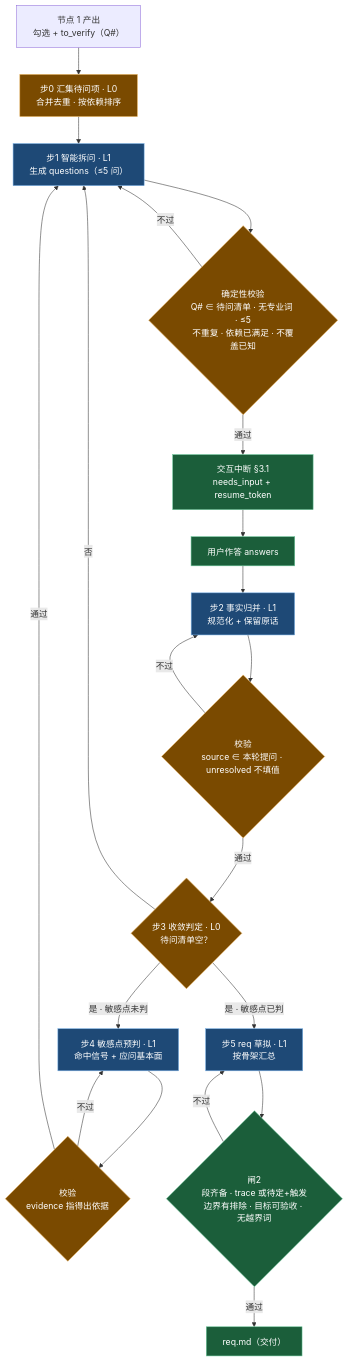
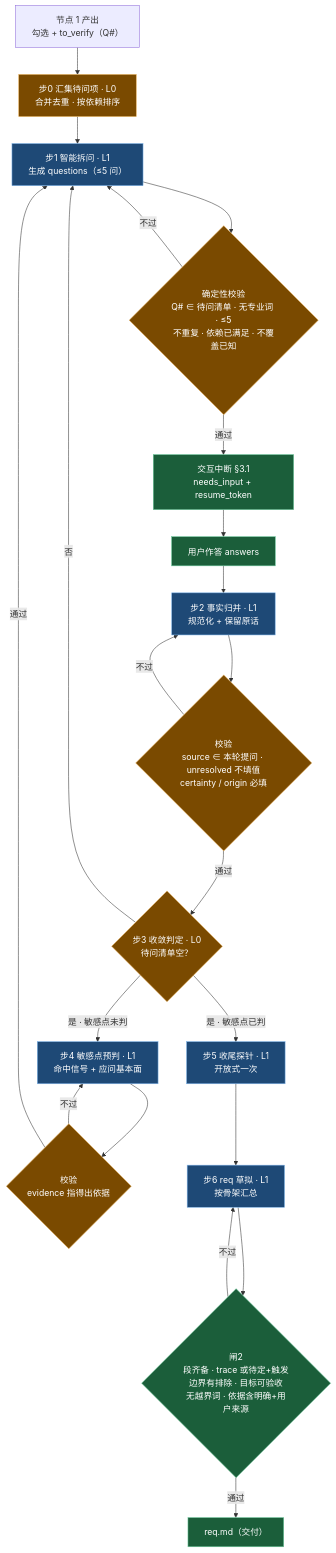
Before and after one commit to jianghua-developer/ai-foundation-spec-chain: the diagram in docs/prompts/node-02.md, drawn with Mermaid. The commit also changed other lines of this file and 4 other files, not shown here.

````diff
--- a/docs/prompts/node-02.md
+++ b/docs/prompts/node-02.md
@@ -11,29 +11,30 @@
 ```mermaid
 flowchart TD
     IN["节点 1 产出<br/>勾选 + to_verify（Q#）"] --> S0["步0 汇集待问项 · L0<br/>合并去重 · 按依赖排序"]
     S0 --> S1["步1 智能拆问 · L1<br/>生成 questions（≤5 问）"]
     S1 --> C1{"确定性校验<br/>Q# ∈ 待问清单 · 无专业词 · ≤5<br/>不重复 · 依赖已满足 · 不覆盖已知"}
     C1 -->|不过| S1
     C1 -->|通过| INT["交互中断 §3.1<br/>needs_input + resume_token"]
     INT --> ANS["用户作答 answers"]
     ANS --> S2["步2 事实归并 · L1<br/>规范化 + 保留原话"]
-    S2 --> C2{"校验<br/>source ∈ 本轮提问 · unresolved 不填值"}
+    S2 --> C2{"校验<br/>source ∈ 本轮提问 · unresolved 不填值<br/>certainty / origin 必填"}
     C2 -->|不过| S2
     C2 -->|通过| S3{"步3 收敛判定 · L0<br/>待问清单空？"}
     S3 -->|否| S1
     S3 -->|是 · 敏感点未判| S4["步4 敏感点预判 · L1<br/>命中信号 + 应问基本面"]
     S4 --> C4{"校验<br/>evidence 指得出依据"}
     C4 -->|不过| S4
     C4 -->|通过| S1
-    S3 -->|是 · 敏感点已判| S5["步5 req 草拟 · L1<br/>按骨架汇总"]
-    S5 --> G2{"闸2<br/>段齐备 · trace 或待定+触发<br/>边界有排除 · 目标可验收 · 无越界词"}
-    G2 -->|不过| S5
+    S3 -->|是 · 敏感点已判| S5["步5 收尾探针 · L1<br/>开放式一次"]
+    S5 --> S6["步6 req 草拟 · L1<br/>按骨架汇总"]
+    S6 --> G2{"闸2<br/>段齐备 · trace 或待定+触发<br/>边界有排除 · 目标可验收<br/>无越界词 · 依据含明确+用户来源"}
+    G2 -->|不过| S6
     G2 -->|通过| OUT["req.md（交付）"]
 
     classDef llm fill:#1e4976,stroke:#7cb3e8,color:#ffffff
     classDef det fill:#7a4a00,stroke:#e8b25c,color:#ffffff
     classDef gate fill:#1b5e3a,stroke:#6cc79b,color:#ffffff
-    class S1,S2,S4,S5 llm
+    class S1,S2,S4,S5,S6 llm
     class S0,C1,C2,C4,S3 det
     class INT,ANS,G2,OUT gate
 ```
````
